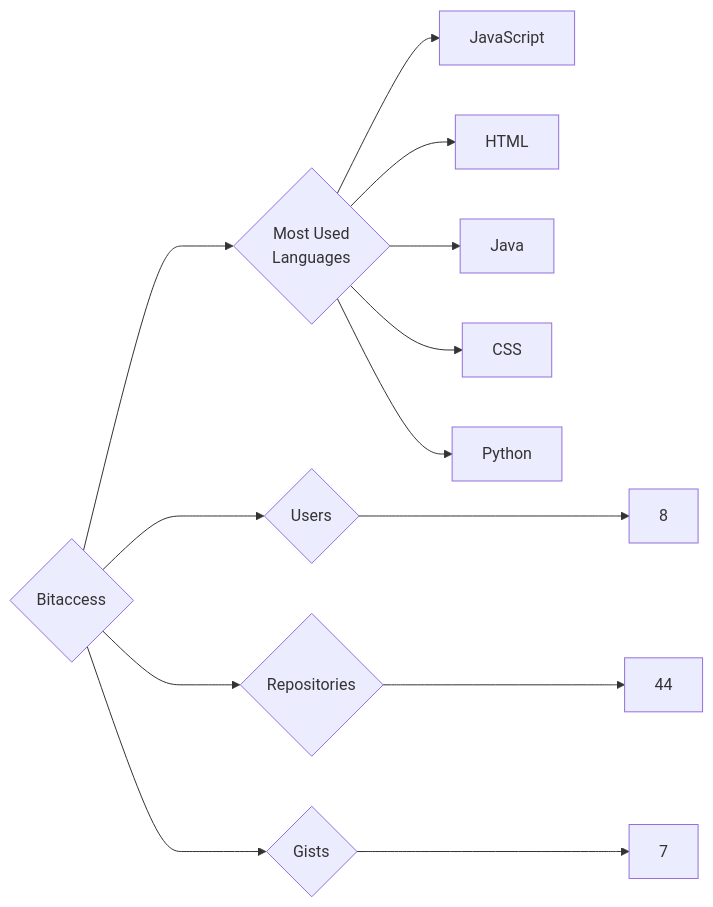
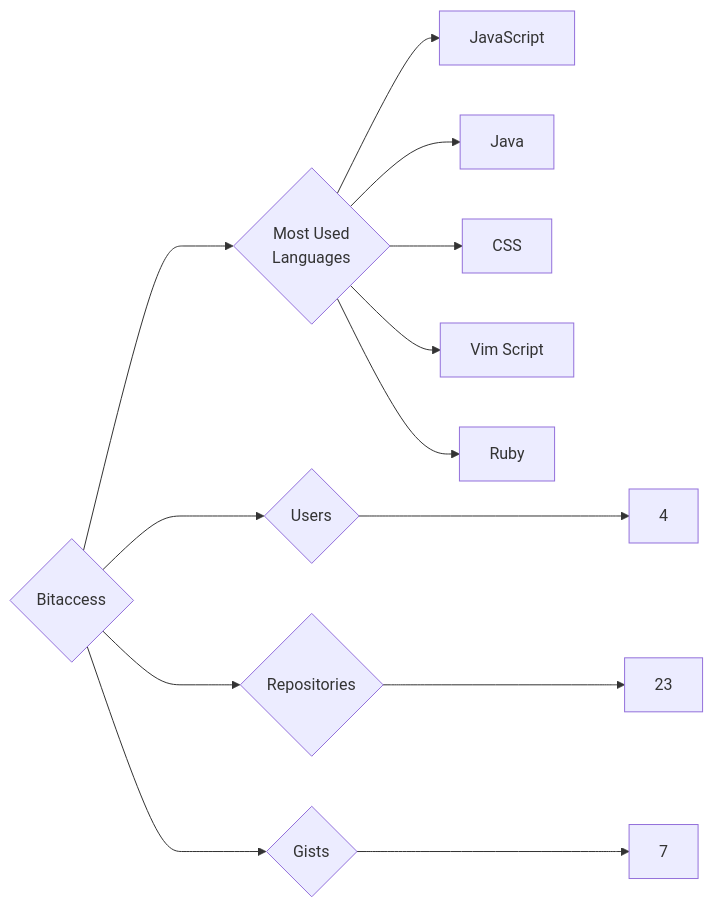
One commit to trickest/insiders changed the diagram in targets/Bitaccess/README.md. Above: the diagram before and after it, drawn with Mermaid. The commit also changed 699 other files, not shown here.

````diff
--- a/targets/Bitaccess/README.md
+++ b/targets/Bitaccess/README.md
@@ -3,13 +3,13 @@
 ```mermaid
 graph LR
 COMPANY_NAME{Bitaccess}
-COMPANY_NAME ---> U{Users} ---> UN[8]
-COMPANY_NAME ---> R{Repositories} ---> RN[44]
+COMPANY_NAME ---> U{Users} ---> UN[4]
+COMPANY_NAME ---> R{Repositories} ---> RN[23]
 COMPANY_NAME ---> G{Gists} ---> GN[7]
 COMPANY_NAME ---> ML{Most Used<br>Languages}
 ML --> JavaScript[JavaScript]
-ML --> HTML[HTML]
 ML --> Java[Java]
 ML --> CSS[CSS]
-ML --> Python[Python]
+ML --> Vim_Script[Vim Script]
+ML --> Ruby[Ruby]
 ```
````
